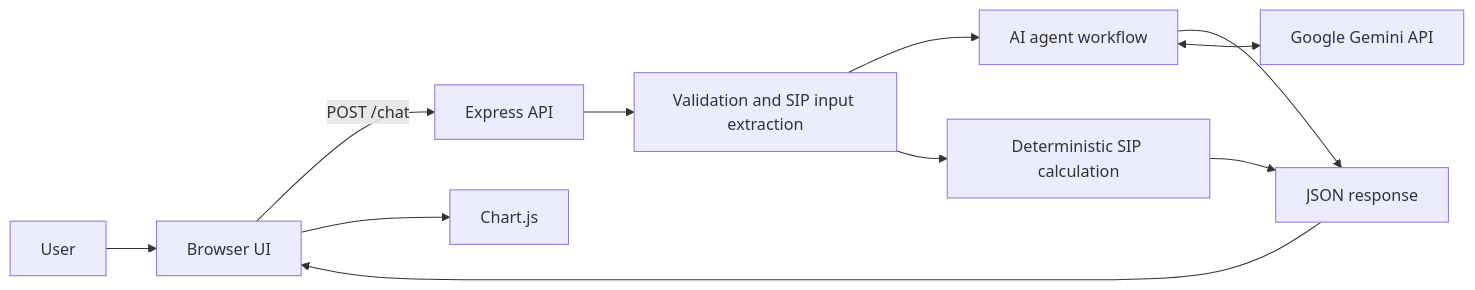
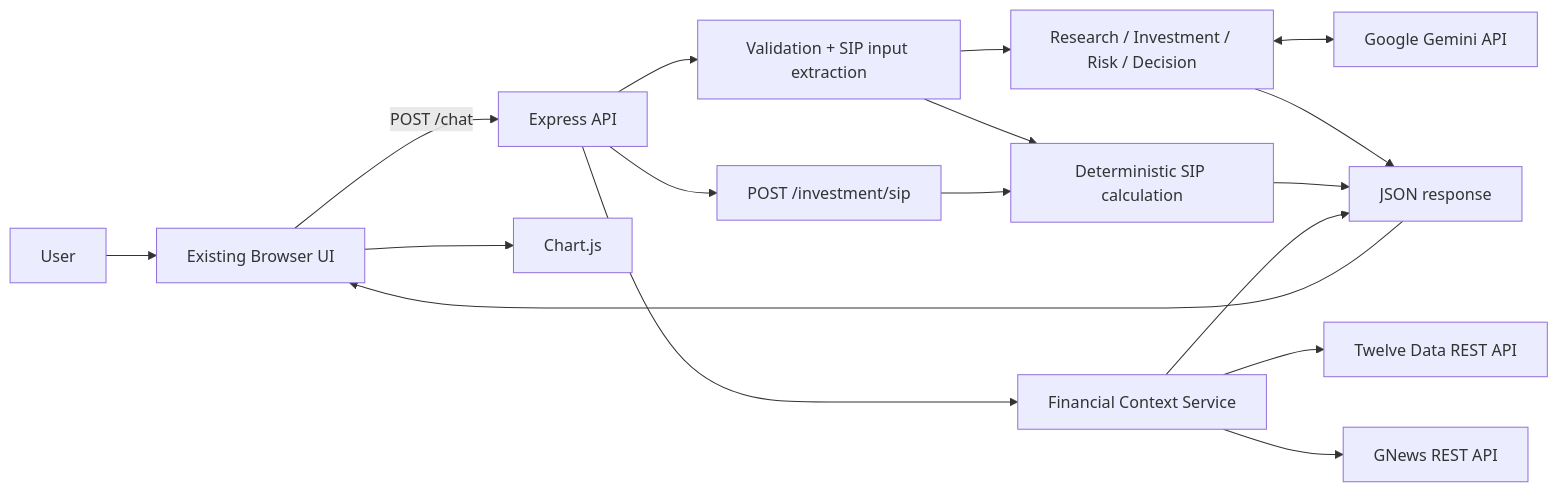
The first of 2 diagrams in docs/HLD.md (Nikki03-tech/Finwise-AI), drawn with Mermaid before and after one commit. The commit also changed other lines of this file and 23 other files, not shown here.

Commit message:
Build FinWise financial data, SIP API, and provider-backed context services

````diff
--- a/docs/HLD.md
+++ b/docs/HLD.md
@@ -9,13 +9,19 @@
 ```mermaid
 flowchart LR
-    U[User] --> UI[Browser UI]
+    U[User] --> UI[Existing Browser UI]
     UI -->|POST /chat| API[Express API]
-    API --> VAL[Validation and SIP input extraction]
-    VAL --> AG[AI agent workflow]
+    API --> VAL[Validation + SIP input extraction]
+    VAL --> AG[Research / Investment / Risk / Decision]
     VAL --> CALC[Deterministic SIP calculation]
+    API --> CTX[Financial Context Service]
+    CTX --> TD[Twelve Data REST API]
+    CTX --> GN[GNews REST API]
+    AG <--> GEM[Google Gemini API]
     AG --> RESP[JSON response]
     CALC --> RESP
+    CTX --> RESP
     RESP --> UI
     UI --> CHART[Chart.js]
-    AG <--> GEM[Google Gemini API]
+    API --> SIPAPI[POST /investment/sip]
+    SIPAPI --> CALC
 ```
````
